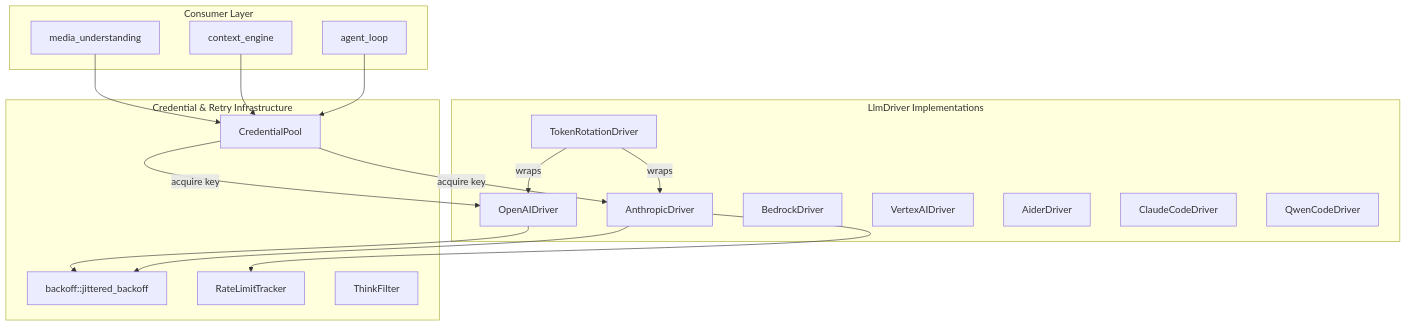
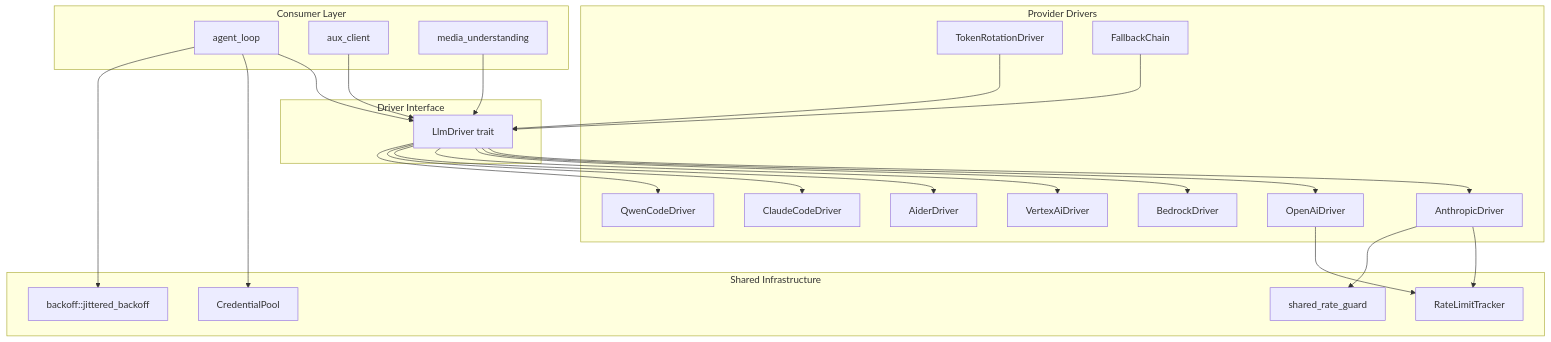
The diagram in llm-provider-drivers-librefang-llm-drivers-src.md (leszek3737/librefang-WIki), drawn with Mermaid before and after one commit. The commit also changed other lines of this file and 94 other files, not shown here.

````diff
--- a/llm-provider-drivers-librefang-llm-drivers-src.md
+++ b/llm-provider-drivers-librefang-llm-drivers-src.md
@@ -11,37 +11,42 @@
 ```mermaid
 graph TD
     subgraph "Consumer Layer"
         AL[agent_loop]
-        CE[context_engine]
+        AU[aux_client]
         MU[media_understanding]
     end
 
-    subgraph "Credential & Retry Infrastructure"
-        CP[CredentialPool]
-        BO[backoff::jittered_backoff]
-        RLT[RateLimitTracker]
-        TF[ThinkFilter]
+    subgraph "Driver Interface"
+        LD[LlmDriver trait]
     end
 
-    subgraph "LlmDriver Implementations"
+    subgraph "Provider Drivers"
         AN[AnthropicDriver]
-        OA[OpenAIDriver]
+        OA[OpenAiDriver]
         BR[BedrockDriver]
-        VA[VertexAIDriver]
-        TR[TokenRotationDriver]
+        VA[VertexAiDriver]
         AD[AiderDriver]
         CC[ClaudeCodeDriver]
         QC[QwenCodeDriver]
+        TR[TokenRotationDriver]
+        FC[FallbackChain]
     end
 
+    subgraph "Shared Infrastructure"
+        BO[backoff::jittered_backoff]
+        CP[CredentialPool]
+        RL[RateLimitTracker]
+        SRG[shared_rate_guard]
+    end
+
+    AL --> LD
+    AU --> LD
+    MU --> LD
+    LD --> AN & OA & BR & VA & AD & CC & QC
     AL --> CP
-    CE --> CP
-    MU --> CP
-    CP -->|acquire key| AN
-    CP -->|acquire key| OA
-    AN --> BO
-    AN --> RLT
-    OA --> BO
-    TR -->|wraps| AN
-    TR -->|wraps| OA
+    AL --> BO
+    AN & OA --> RL
+    AN --> SRG
+    TR --> LD
+    FC --> LD
 ```
````
